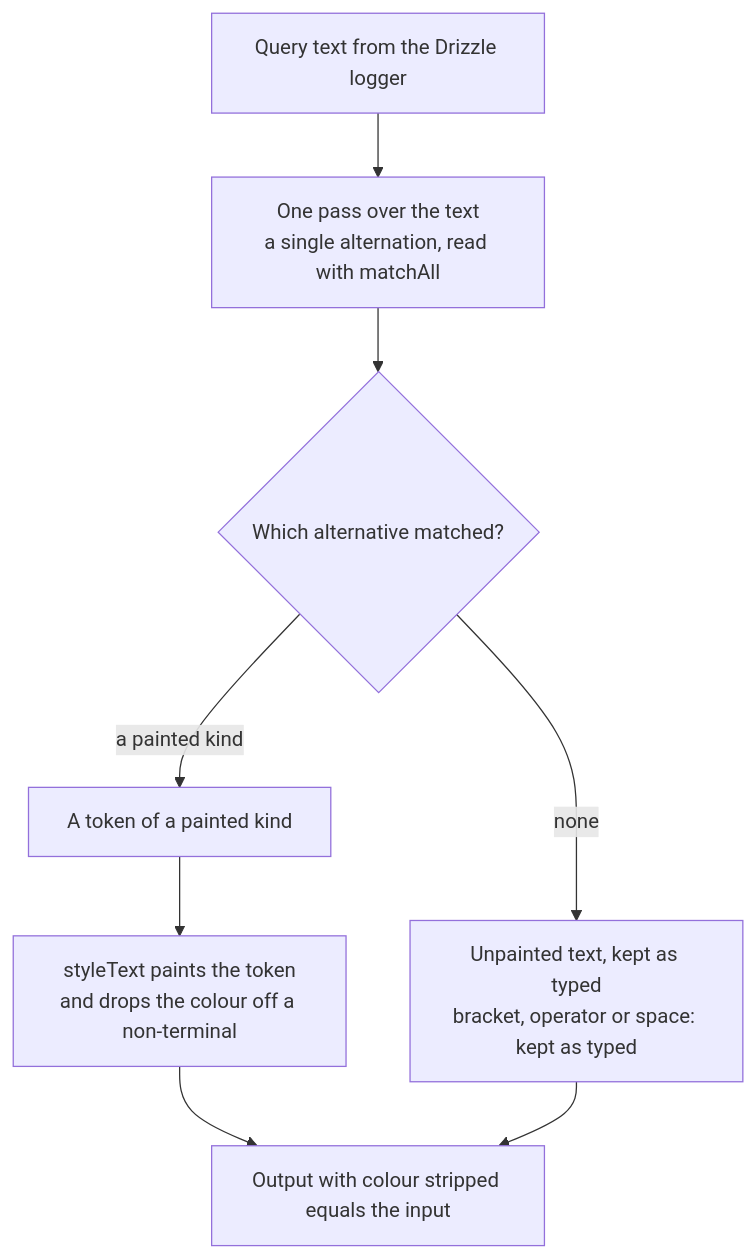
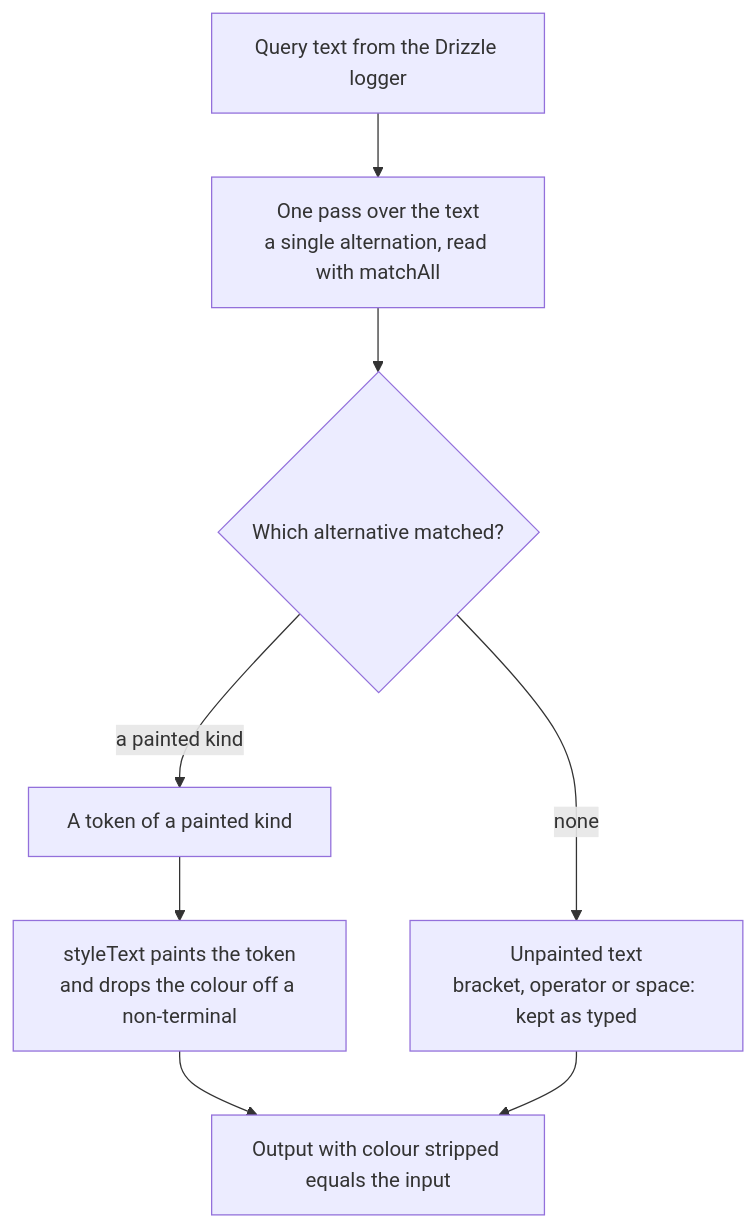
One commit to Esposter/Esposter changed the diagram in openspec/specs/architecture/sql-highlight/design.md. Above: the diagram before and after it, drawn with Mermaid. The commit also changed 4 other files, not shown here.

Commit message:
docs(architecture): remove duplicated clauses left by the spec edits

````diff
--- a/openspec/specs/architecture/sql-highlight/design.md
+++ b/openspec/specs/architecture/sql-highlight/design.md
@@ -7,13 +7,13 @@
 ```mermaid
 flowchart TD
   input["Query text from the Drizzle logger"]
   scan["One pass over the text<br/>a single alternation, read with matchAll"]
   token{"Which alternative matched?"}
   painted["A token of a painted kind"]
-  plain["Unpainted text, kept as typed<br/>bracket, operator or space: kept as typed"]
+  plain["Unpainted text<br/>bracket, operator or space: kept as typed"]
   styled["styleText paints the token<br/>and drops the colour off a non-terminal"]
   output["Output with colour stripped equals the input"]
   input --> scan --> token
   token -->|a painted kind| painted --> styled --> output
   token -->|none| plain --> output
 ```
````
